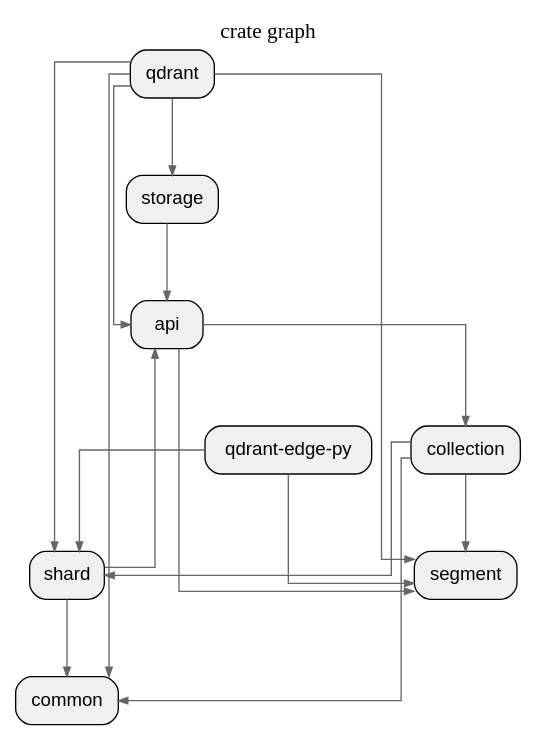
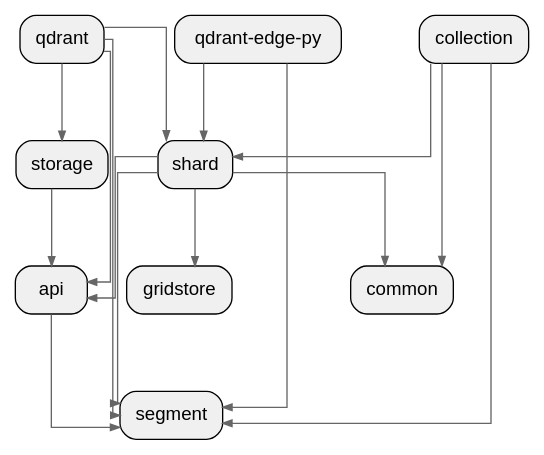
One commit to allenanswerzq/llmcc changed the diagram in sample/qdrant/depth_1_crate.dot. Above: the diagram before and after it, drawn with Graphviz. The commit also changed 242 other files, not shown here.

```diff
--- a/sample/qdrant/depth_1_crate.dot
+++ b/sample/qdrant/depth_1_crate.dot
@@ -1,41 +1,41 @@
 digraph architecture {
   // Layout settings
   rankdir=TB;
   ranksep=0.8;
   nodesep=0.4;
   splines=ortho;
   concentrate=true;
 
   node [shape=box, style="rounded,filled", fillcolor="#f0f0f0", fontname="Helvetica"];
   edge [color="#666666", arrowsize=0.7];
 
-  label="crate graph";
   labelloc=t;
   fontsize=16;
   fontname="Helvetica Bold";
 
   crate_api[label="api"];
   crate_collection[label="collection"];
   crate_common[label="common"];
+  crate_gridstore[label="gridstore"];
   crate_qdrant[label="qdrant"];
   crate_qdrant_edge_py[label="qdrant-edge-py"];
   crate_segment[label="segment"];
   crate_shard[label="shard"];
   crate_storage[label="storage"];
 
-  crate_api -> crate_collection;
   crate_api -> crate_segment;
   crate_collection -> crate_common;
   crate_collection -> crate_segment;
   crate_collection -> crate_shard;
   crate_qdrant -> crate_api;
-  crate_qdrant -> crate_common;
   crate_qdrant -> crate_segment;
   crate_qdrant -> crate_shard;
   crate_qdrant -> crate_storage;
   crate_qdrant_edge_py -> crate_segment;
   crate_qdrant_edge_py -> crate_shard;
   crate_shard -> crate_api;
   crate_shard -> crate_common;
+  crate_shard -> crate_gridstore;
+  crate_shard -> crate_segment;
   crate_storage -> crate_api;
 }
```
